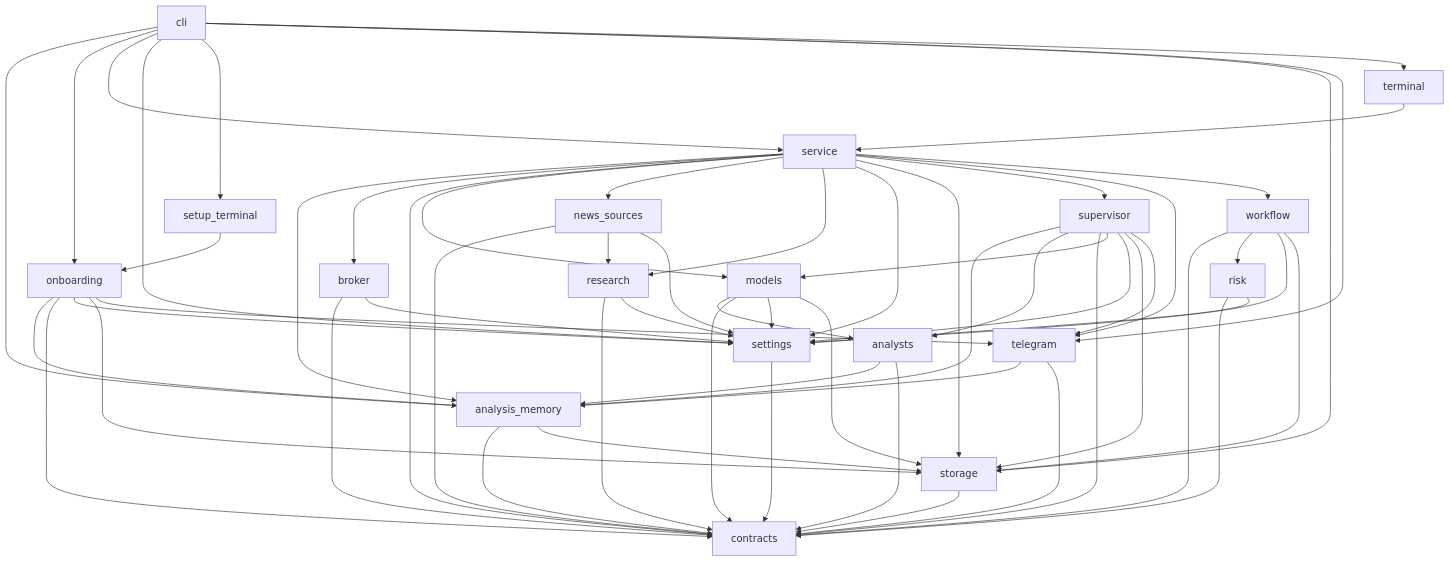
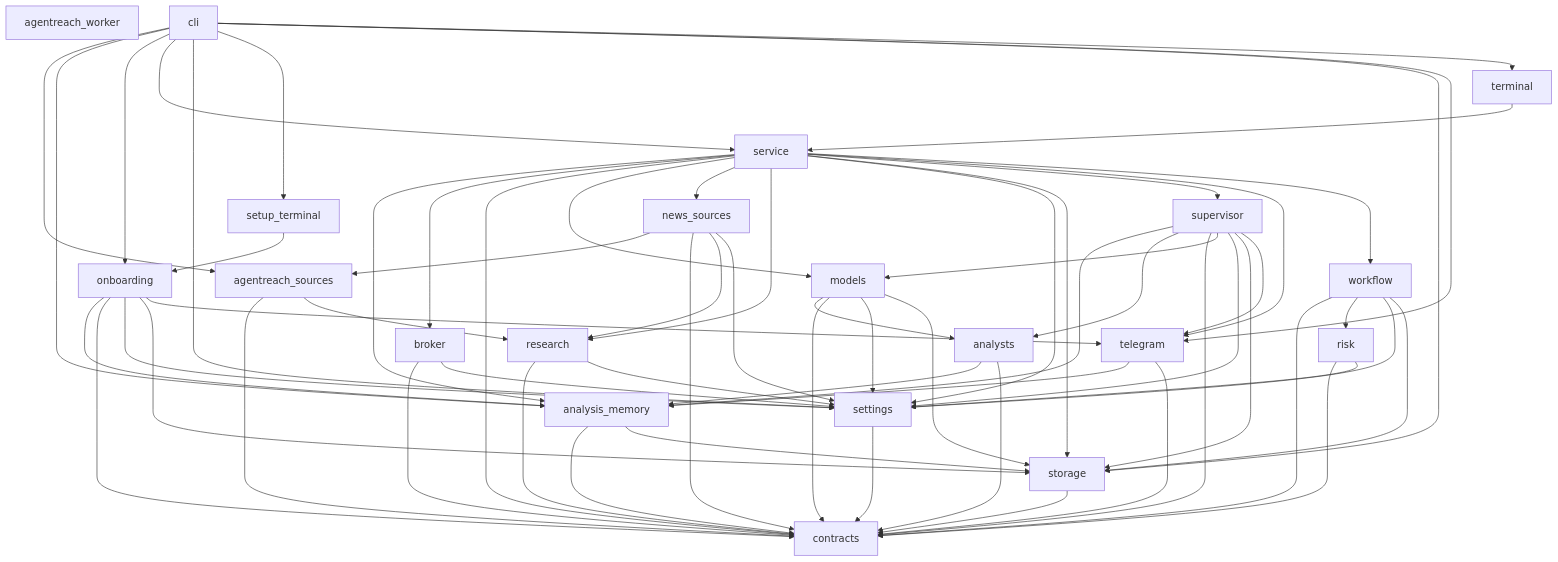
Before and after one commit to JKGiova/agentic-trading-workflow: the diagram in docs/codebase-map.md, drawn with Mermaid. The commit also changed other lines of this file and 32 other files, not shown here.

````diff
--- a/docs/codebase-map.md
+++ b/docs/codebase-map.md
@@ -9,79 +9,85 @@
 ```mermaid
 flowchart TD
-    M1["analysis_memory"]
-    M2["analysts"]
-    M3["broker"]
-    M4["cli"]
-    M5["contracts"]
-    M6["models"]
-    M7["news_sources"]
-    M8["onboarding"]
-    M9["research"]
-    M10["risk"]
-    M11["service"]
-    M12["settings"]
-    M13["setup_terminal"]
-    M14["storage"]
-    M15["supervisor"]
-    M16["telegram"]
-    M17["terminal"]
-    M18["workflow"]
-    M1 --> M5
-    M1 --> M14
-    M2 --> M1
-    M2 --> M5
-    M3 --> M5
-    M3 --> M12
-    M4 --> M1
-    M4 --> M8
-    M4 --> M11
-    M4 --> M12
-    M4 --> M13
-    M4 --> M14
-    M4 --> M16
-    M4 --> M17
-    M6 --> M2
-    M6 --> M5
-    M6 --> M12
+    M1["agentreach_sources"]
+    M2["agentreach_worker"]
+    M3["analysis_memory"]
+    M4["analysts"]
+    M5["broker"]
+    M6["cli"]
+    M7["contracts"]
+    M8["models"]
+    M9["news_sources"]
+    M10["onboarding"]
+    M11["research"]
+    M12["risk"]
+    M13["service"]
+    M14["settings"]
+    M15["setup_terminal"]
+    M16["storage"]
+    M17["supervisor"]
+    M18["telegram"]
+    M19["terminal"]
+    M20["workflow"]
+    M1 --> M7
+    M1 --> M11
+    M3 --> M7
+    M3 --> M16
+    M4 --> M3
+    M4 --> M7
+    M5 --> M7
+    M5 --> M14
+    M6 --> M1
+    M6 --> M3
+    M6 --> M10
+    M6 --> M13
     M6 --> M14
-    M7 --> M5
-    M7 --> M9
-    M7 --> M12
-    M8 --> M1
-    M8 --> M5
-    M8 --> M12
+    M6 --> M15
+    M6 --> M16
+    M6 --> M18
+    M6 --> M19
+    M8 --> M4
+    M8 --> M7
     M8 --> M14
     M8 --> M16
-    M9 --> M5
-    M9 --> M12
-    M10 --> M5
-    M10 --> M12
-    M11 --> M1
-    M11 --> M3
-    M11 --> M5
-    M11 --> M6
+    M9 --> M1
+    M9 --> M7
+    M9 --> M11
+    M9 --> M14
+    M10 --> M3
+    M10 --> M7
+    M10 --> M14
+    M10 --> M16
+    M10 --> M18
     M11 --> M7
-    M11 --> M9
-    M11 --> M12
     M11 --> M14
-    M11 --> M15
-    M11 --> M16
-    M11 --> M18
-    M12 --> M5
+    M12 --> M7
+    M12 --> M14
+    M13 --> M3
+    M13 --> M5
+    M13 --> M7
     M13 --> M8
-    M14 --> M5
-    M15 --> M1
-    M15 --> M2
-    M15 --> M5
-    M15 --> M6
-    M15 --> M12
-    M15 --> M14
-    M15 --> M16
-    M16 --> M1
-    M16 --> M5
-    M17 --> M11
-    M18 --> M5
-    M18 --> M10
-    M18 --> M12
-    M18 --> M14
+    M13 --> M9
+    M13 --> M11
+    M13 --> M14
+    M13 --> M16
+    M13 --> M17
+    M13 --> M18
+    M13 --> M20
+    M14 --> M7
+    M15 --> M10
+    M16 --> M7
+    M17 --> M3
+    M17 --> M4
+    M17 --> M7
+    M17 --> M8
+    M17 --> M14
+    M17 --> M16
+    M17 --> M18
+    M18 --> M3
+    M18 --> M7
+    M19 --> M13
+    M20 --> M7
+    M20 --> M12
+    M20 --> M14
+    M20 --> M16
 ```
````
